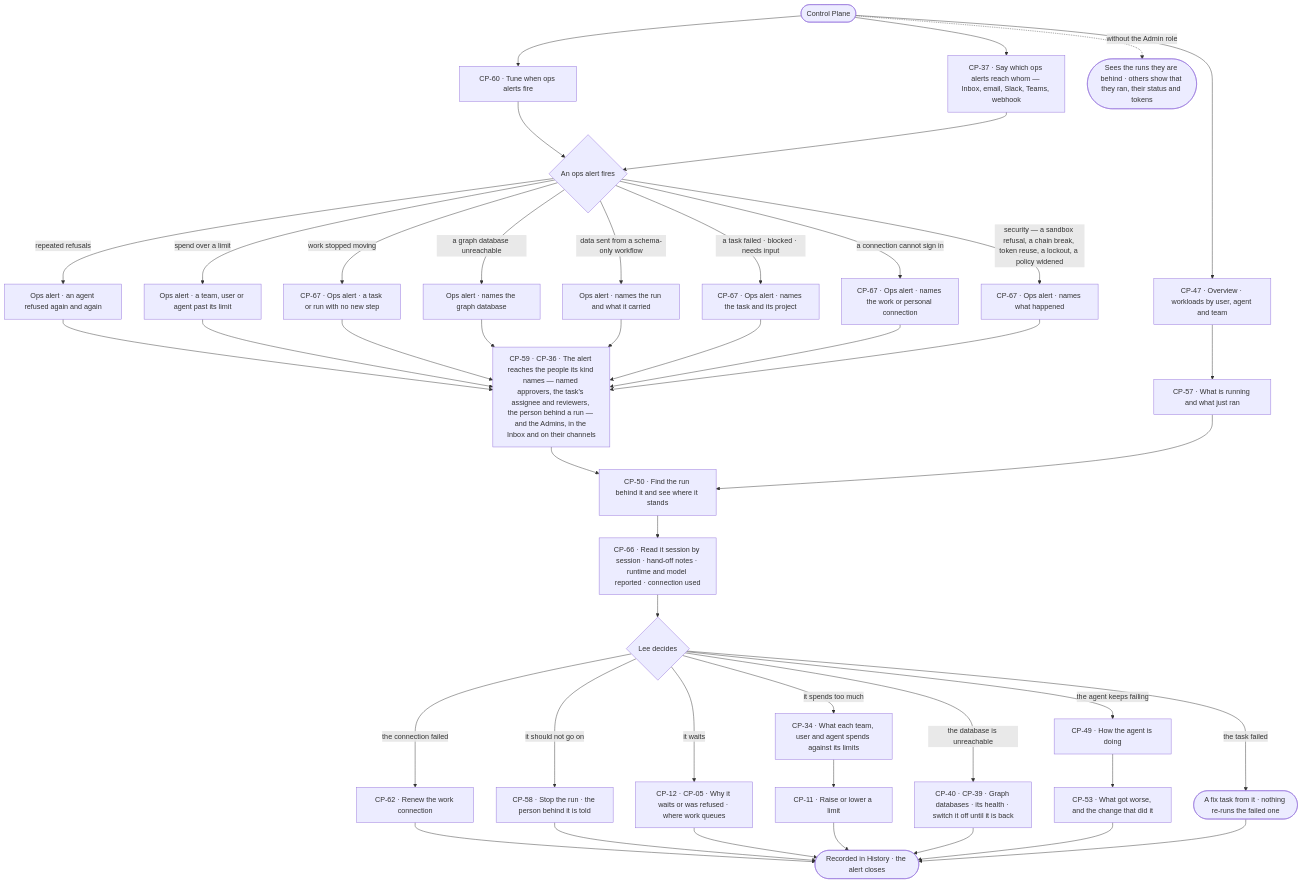
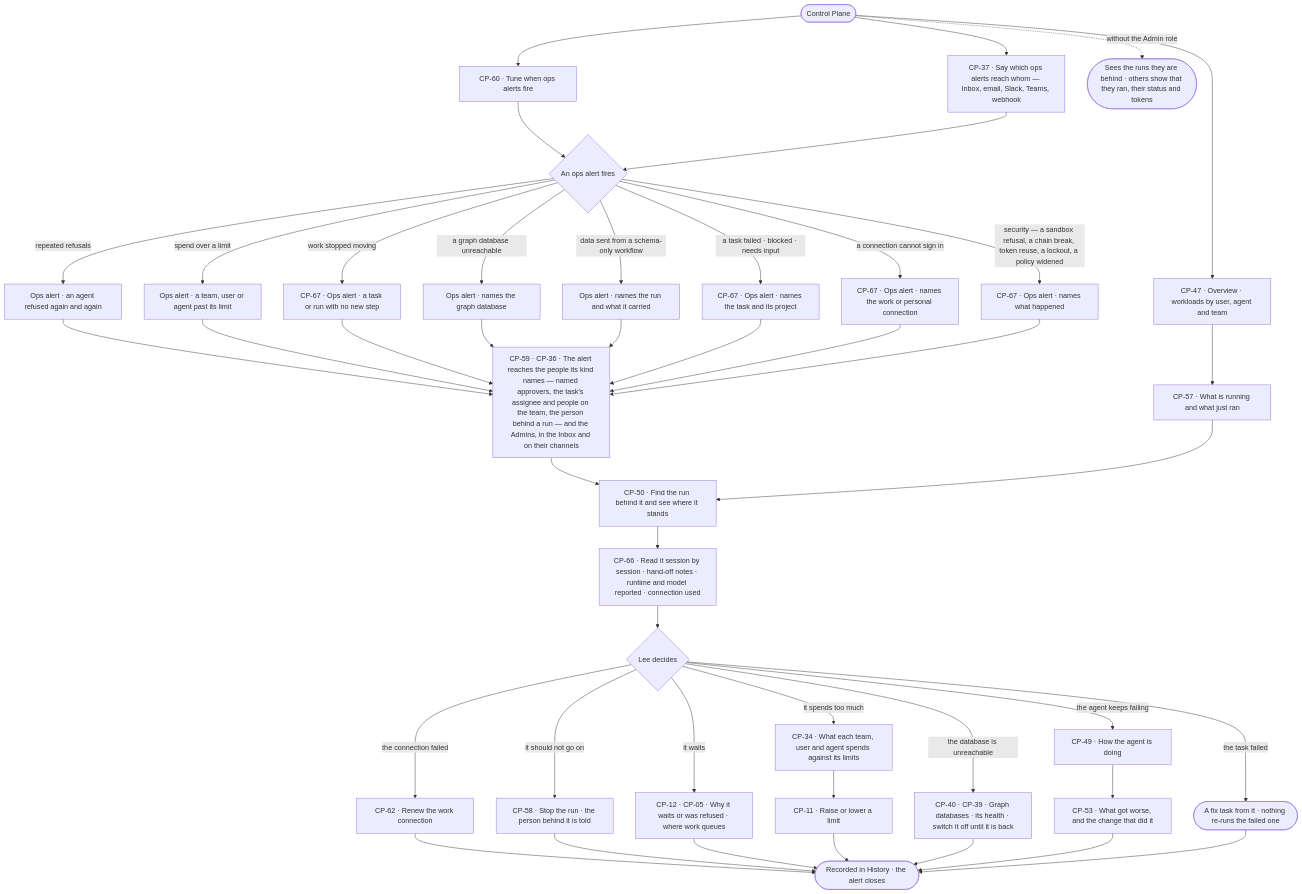
One commit to invana/invana changed the diagram in specs/journeys/J08-watch-agent-workloads-and-act-on-an-alert.md. Above: the diagram before and after it, drawn with Mermaid. The commit also changed other lines of this file and 106 other files, not shown here.

````diff
--- a/specs/journeys/J08-watch-agent-workloads-and-act-on-an-alert.md
+++ b/specs/journeys/J08-watch-agent-workloads-and-act-on-an-alert.md
@@ -16,46 +16,46 @@
 ```mermaid
 flowchart TD
   A([Control Plane]) --> O["CP-47 · Overview · workloads by user, agent and team"]
   A --> NR["CP-37 · Say which ops alerts reach whom — Inbox, email, Slack, Teams, webhook"]
   A --> TH["CP-60 · Tune when ops alerts fire"]
   TH --> AL
   NR --> AL{"An ops alert fires"}
   AL -->|repeated refusals| AL1["Ops alert · an agent refused again and again"]
   AL -->|spend over a limit| AL2["Ops alert · a team, user or agent past its limit"]
   AL -->|work stopped moving| AL3["CP-67 · Ops alert · a task or run with no new step"]
   AL -->|a graph database unreachable| AL4["Ops alert · names the graph database"]
   AL -->|data sent from a schema-only workflow| AL5["Ops alert · names the run and what it carried"]
   AL -->|a task failed · blocked · needs input| AL6["CP-67 · Ops alert · names the task and its project"]
   AL -->|a connection cannot sign in| AL7["CP-67 · Ops alert · names the work or personal connection"]
   AL -->|security — a sandbox refusal, a chain break, token reuse, a lockout, a policy widened| AL8["CP-67 · Ops alert · names what happened"]
-  AL1 --> IN["CP-59 · CP-36 · The alert reaches the people its kind names — named approvers, the task's assignee and reviewers, the person behind a run — and the Admins, in the Inbox and on their channels"]
+  AL1 --> IN["CP-59 · CP-36 · The alert reaches the people its kind names — named approvers, the task's assignee and people on the team, the person behind a run — and the Admins, in the Inbox and on their channels"]
   AL2 --> IN
   AL3 --> IN
   AL4 --> IN
   AL5 --> IN
   AL6 --> IN
   AL7 --> IN
   AL8 --> IN
   O --> R["CP-57 · What is running and what just ran"]
   IN --> R2["CP-50 · Find the run behind it and see where it stands"]
   R --> R2
   R2 --> SS["CP-66 · Read it session by session · hand-off notes · runtime and model reported · connection used"]
   SS --> D{"Lee decides"}
   D -->|the task failed| FX(["A fix task from it · nothing re-runs the failed one"])
   D -->|the connection failed| CN["CP-62 · Renew the work connection"]
   CN --> E
   D -->|it should not go on| S["CP-58 · Stop the run · the person behind it is told"]
   D -->|it waits| W["CP-12 · CP-05 · Why it waits or was refused · where work queues"]
   D -->|it spends too much| L["CP-34 · What each team, user and agent spends against its limits"]
   L --> L1["CP-11 · Raise or lower a limit"]
   D -->|the database is unreachable| G["CP-40 · CP-39 · Graph databases · its health · switch it off until it is back"]
   D -->|the agent keeps failing| Q["CP-49 · How the agent is doing"]
   Q --> Q1["CP-53 · What got worse, and the change that did it"]
   S --> E(["Recorded in History · the alert closes"])
   W --> E
   L1 --> E
   G --> E
   Q1 --> E
   FX --> E
   A -.->|without the Admin role| NA(["Sees the runs they are behind · others show that they ran, their status and tokens"])
 ```
````
